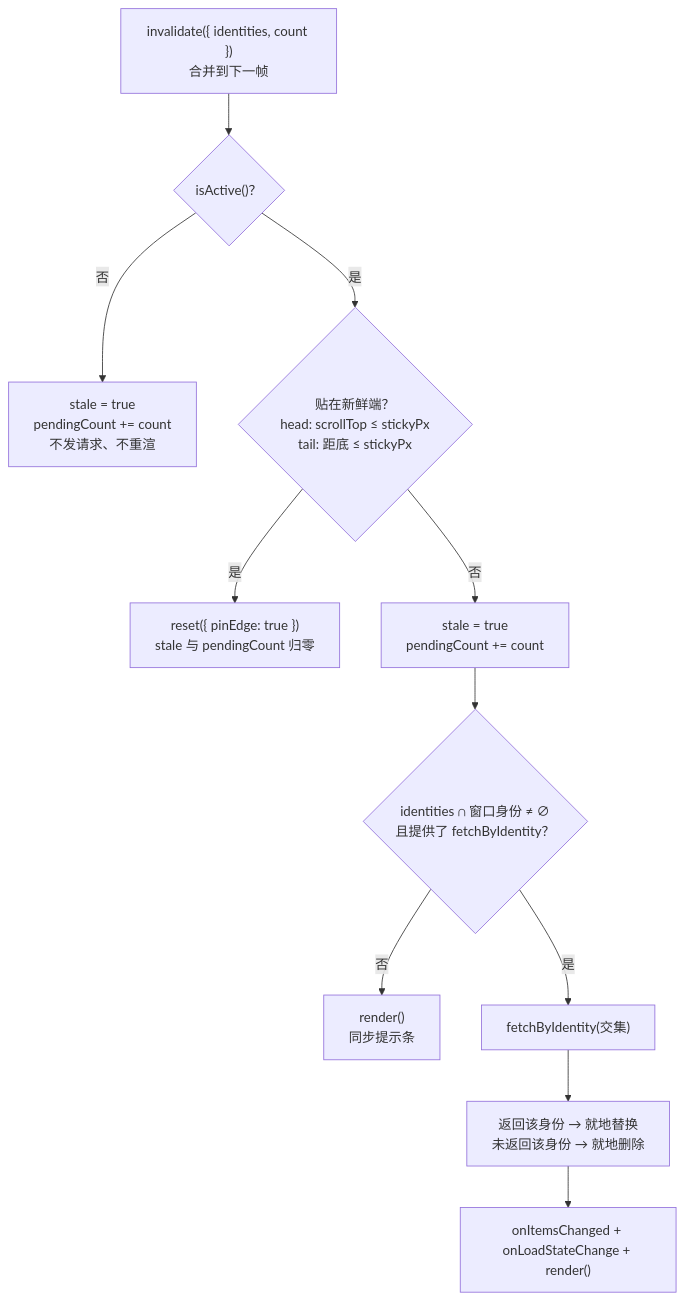
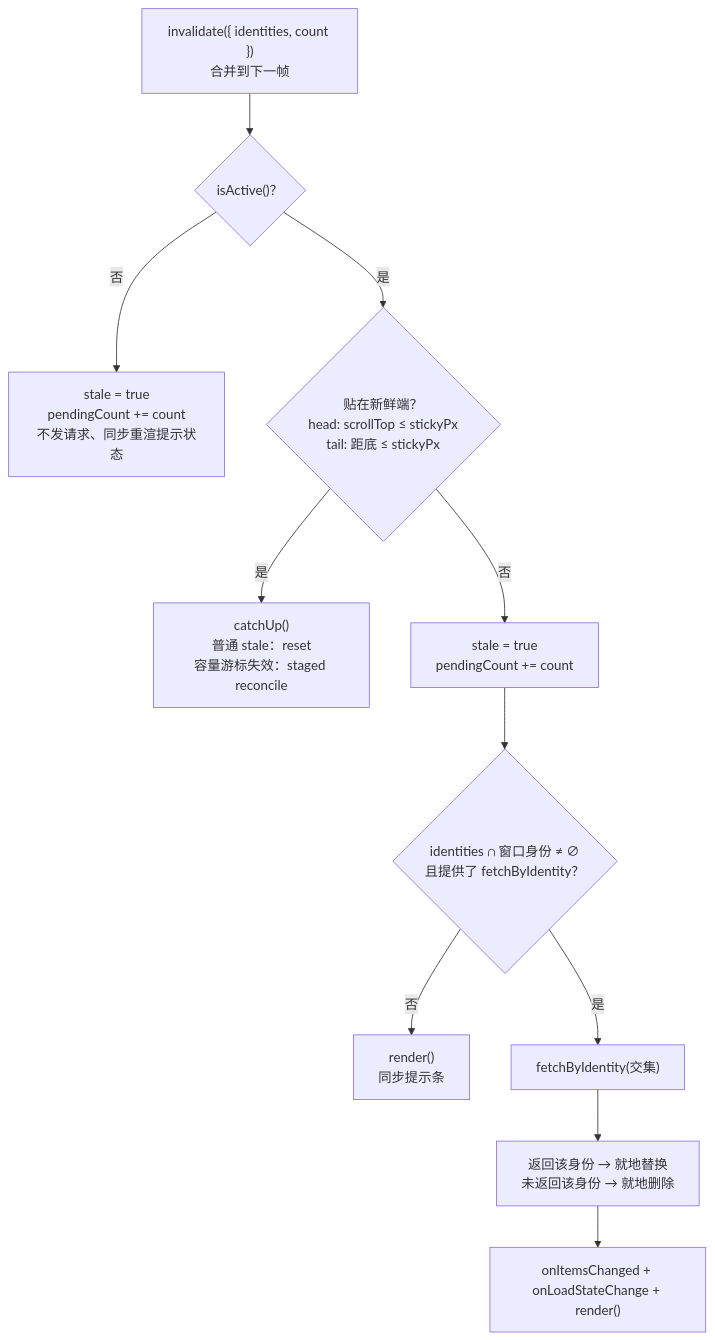
One commit to dacez/yimsg changed the third of 5 diagrams in packages/uikit/docs/BoundedList组件设计.md. Above: the diagram before and after it, drawn with Mermaid. The commit also changed other lines of this file and 19 other files, not shown here.

````diff
--- a/packages/uikit/docs/BoundedList组件设计.md
+++ b/packages/uikit/docs/BoundedList组件设计.md
@@ -658,13 +666,13 @@
 ```mermaid
 flowchart TD
     I["invalidate({ identities, count })<br/>合并到下一帧"] --> V{"isActive()？"}
-    V -->|"否"| S0["stale = true<br/>pendingCount += count<br/>不发请求、不重渲"]
+    V -->|"否"| S0["stale = true<br/>pendingCount += count<br/>不发请求、同步重渲提示状态"]
     V -->|"是"| E{"贴在新鲜端？<br/>head: scrollTop ≤ stickyPx<br/>tail: 距底 ≤ stickyPx"}
-    E -->|"是"| R["reset({ pinEdge: true })<br/>stale 与 pendingCount 归零"]
+    E -->|"是"| R["catchUp()<br/>普通 stale：reset<br/>容量游标失效：staged reconcile"]
     E -->|"否"| P["stale = true<br/>pendingCount += count"]
     P --> H{"identities ∩ 窗口身份 ≠ ∅<br/>且提供了 fetchByIdentity？"}
     H -->|"否"| N["render()<br/>同步提示条"]
     H -->|"是"| F["fetchByIdentity(交集)"]
     F --> U["返回该身份 → 就地替换<br/>未返回该身份 → 就地删除"]
     U --> N2["onItemsChanged + onLoadStateChange + render()"]
 ```
````
